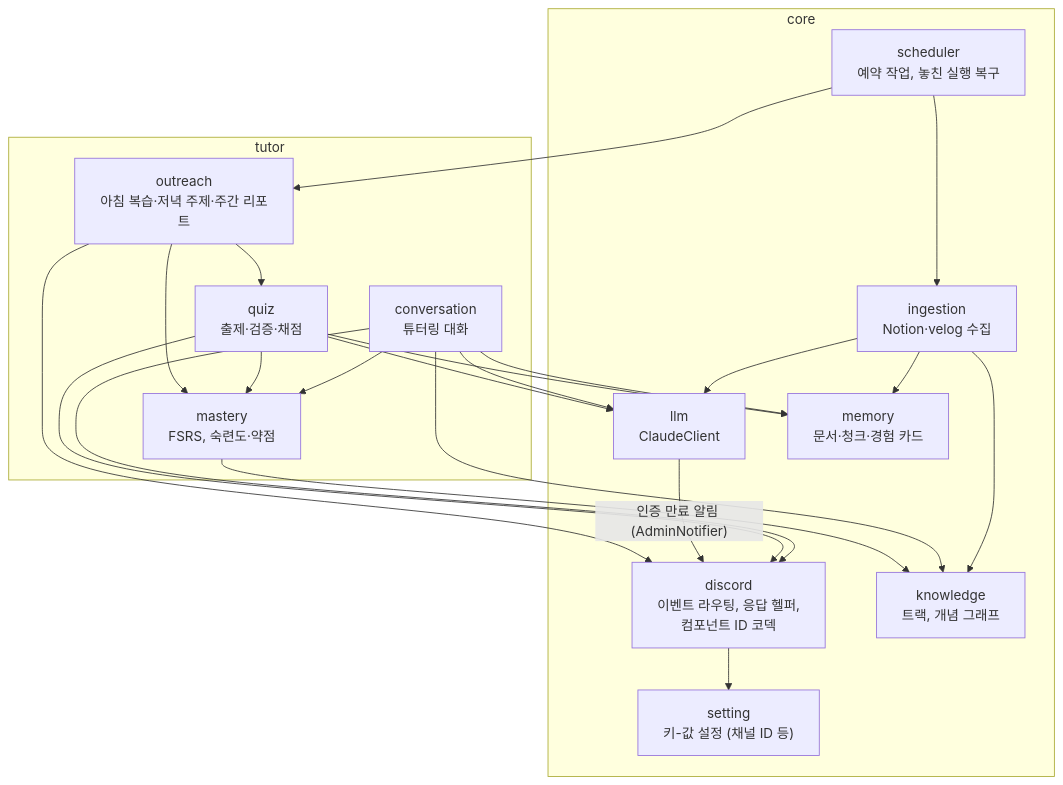
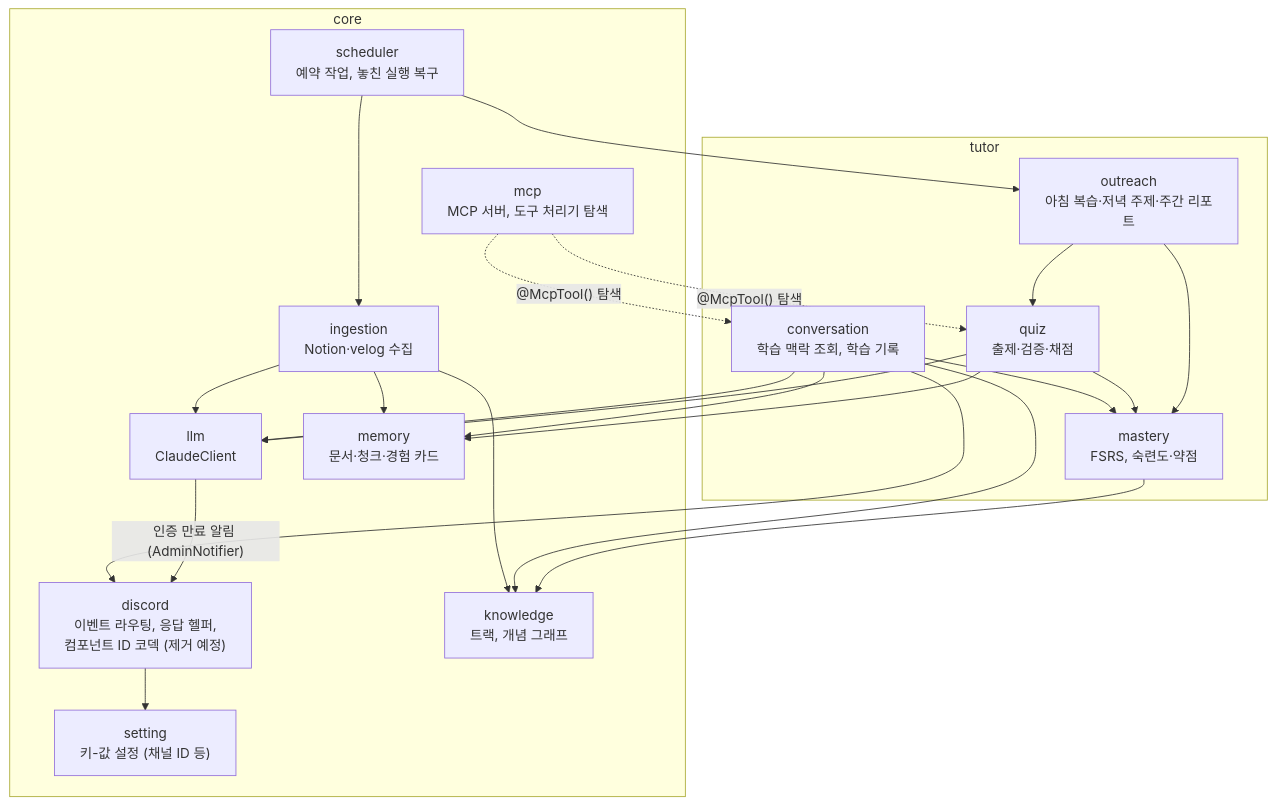
One commit to Wonchang0314/growth-assistant changed the diagram in docs/architecture/c4-3-component.md. Above: the diagram before and after it, drawn with Mermaid. The commit also changed other lines of this file and 31 other files, not shown here.

````diff
--- a/docs/architecture/c4-3-component.md
+++ b/docs/architecture/c4-3-component.md
@@ -5,44 +5,45 @@
 ```mermaid
 flowchart TB
     subgraph core
-        discordGw["discord<br/>이벤트 라우팅, 응답 헬퍼,<br/>컴포넌트 ID 코덱"]
+        mcp["mcp<br/>MCP 서버, 도구 처리기 탐색"]
+        discordGw["discord<br/>이벤트 라우팅, 응답 헬퍼,<br/>컴포넌트 ID 코덱 (제거 예정)"]
         llm["llm<br/>ClaudeClient"]
         memory["memory<br/>문서·청크·경험 카드"]
         knowledge["knowledge<br/>트랙, 개념 그래프"]
         ingestion["ingestion<br/>Notion·velog 수집"]
         scheduler["scheduler<br/>예약 작업, 놓친 실행 복구"]
         setting["setting<br/>키-값 설정 (채널 ID 등)"]
     end
 
     subgraph tutor
-        conversation["conversation<br/>튜터링 대화"]
+        conversation["conversation<br/>학습 맥락 조회, 학습 기록"]
         quiz["quiz<br/>출제·검증·채점"]
         mastery["mastery<br/>FSRS, 숙련도·약점"]
         outreach["outreach<br/>아침 복습·저녁 주제·주간 리포트"]
     end
 
+    mcp -.->|"@McpTool() 탐색"| conversation
+    mcp -.->|"@McpTool() 탐색"| quiz
     conversation --> discordGw
-    quiz --> discordGw
     scheduler --> outreach
     scheduler --> ingestion
     discordGw --> setting
     llm -->|"인증 만료 알림 (AdminNotifier)"| discordGw
 
     ingestion --> llm
     ingestion --> memory
     ingestion --> knowledge
 
     conversation --> llm
     conversation --> memory
     conversation --> knowledge
     conversation --> mastery
 
     quiz --> llm
     quiz --> mastery
     quiz --> memory
 
     mastery --> knowledge
     outreach --> quiz
     outreach --> mastery
-    outreach --> discordGw
 ```
````
